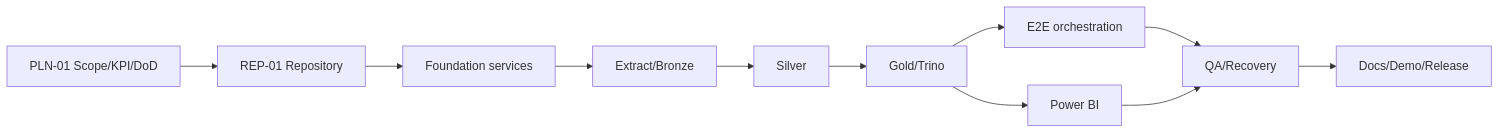
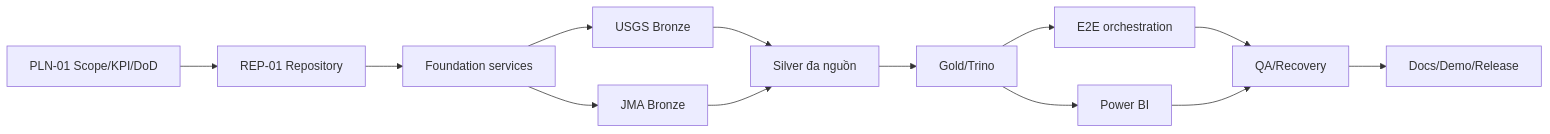
One commit to HoaiTam/japan-earthquake-etl changed the diagram in docs/specs/MVP_SCOPE_KPI_AND_DOD.md. Above: the diagram before and after it, drawn with Mermaid. The commit also changed other lines of this file and 64 other files, not shown here.

````diff
--- a/docs/specs/MVP_SCOPE_KPI_AND_DOD.md
+++ b/docs/specs/MVP_SCOPE_KPI_AND_DOD.md
@@ -111,13 +113,15 @@
 ```mermaid
 flowchart LR
     PLN["PLN-01 Scope/KPI/DoD"] --> REP["REP-01 Repository"]
     REP --> FND["Foundation services"]
-    FND --> EXT["Extract/Bronze"]
-    EXT --> SLV["Silver"]
+    FND --> USG["USGS Bronze"]
+    FND --> JMA["JMA Bronze"]
+    USG --> SLV["Silver đa nguồn"]
+    JMA --> SLV
     SLV --> GLD["Gold/Trino"]
     GLD --> ORC["E2E orchestration"]
     GLD --> BI["Power BI"]
     ORC --> QA["QA/Recovery"]
     BI --> QA
     QA --> DOC["Docs/Demo/Release"]
 ```
````
